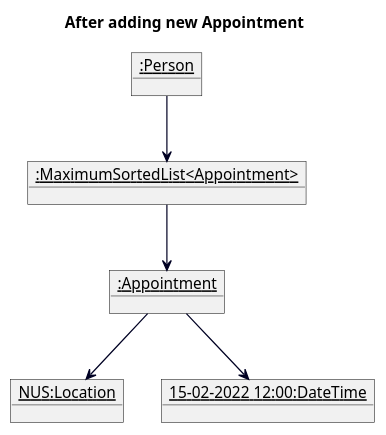
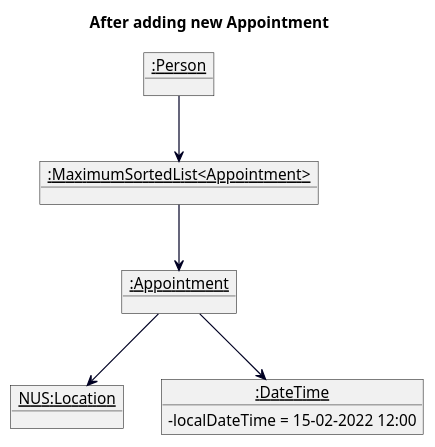
One commit to nus-cs2103-AY2223S1/tp changed the diagram in docs/diagrams/AfterAddAppointmentObjectDiagram.puml. Above: the diagram before and after it, drawn with PlantUML. The commit also changed 7 other files, not shown here.

Commit message:
Edit object diagram for datetime

```diff
--- a/docs/diagrams/AfterAddAppointmentObjectDiagram.puml
+++ b/docs/diagrams/AfterAddAppointmentObjectDiagram.puml
@@ -1,30 +1,31 @@
 @startuml
 skinparam arrowThickness 1.1
 skinparam arrowColor #000123
 skinparam classBackgroundColor MODEL_COLOR
 skinparam classAttributeIconSize 0
 show fields
 
 title After adding new Appointment
 
 object "__:Person__" as person {
 }
 object "__:MaximumSortedList<Appointment>__" as appointmentList {
 }
 
 object "__:Appointment__" as appointment {
 
 }
 
 object "__NUS:Location__" as location {
 }
 
-object "__15-02-2022 12:00:DateTime__" as dateTime {
+object "__:DateTime__" as dateTime {
+ - localDateTime = 15-02-2022 12:00
 }
 
 person --> appointmentList
 appointmentList --> appointment
 appointment --> location
 appointment --> dateTime
 
 @enduml
```
